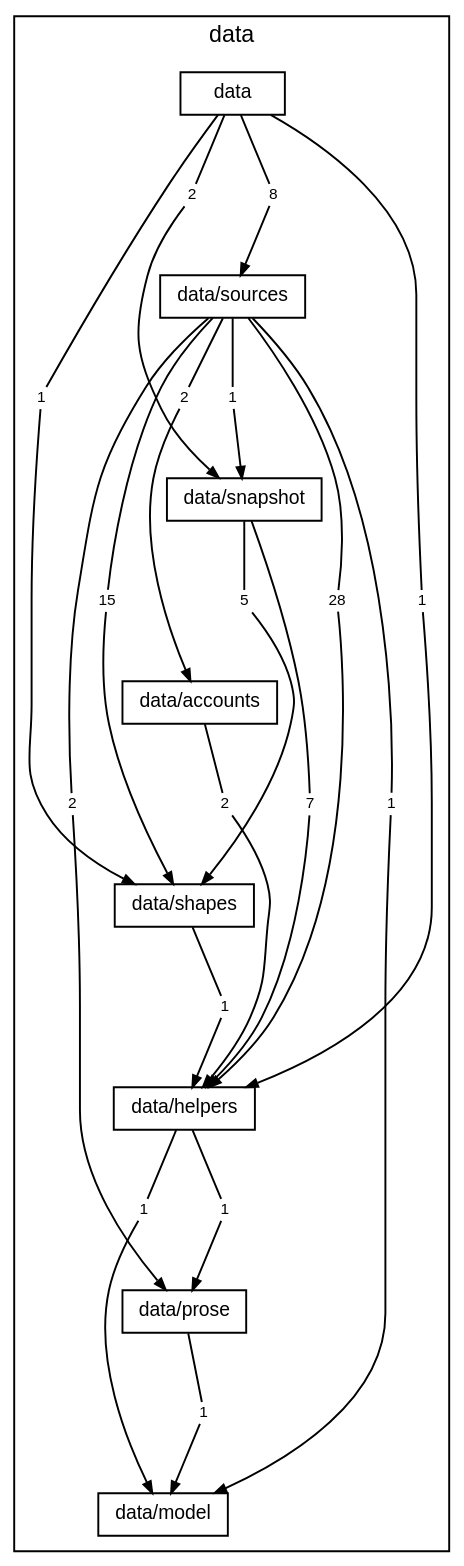
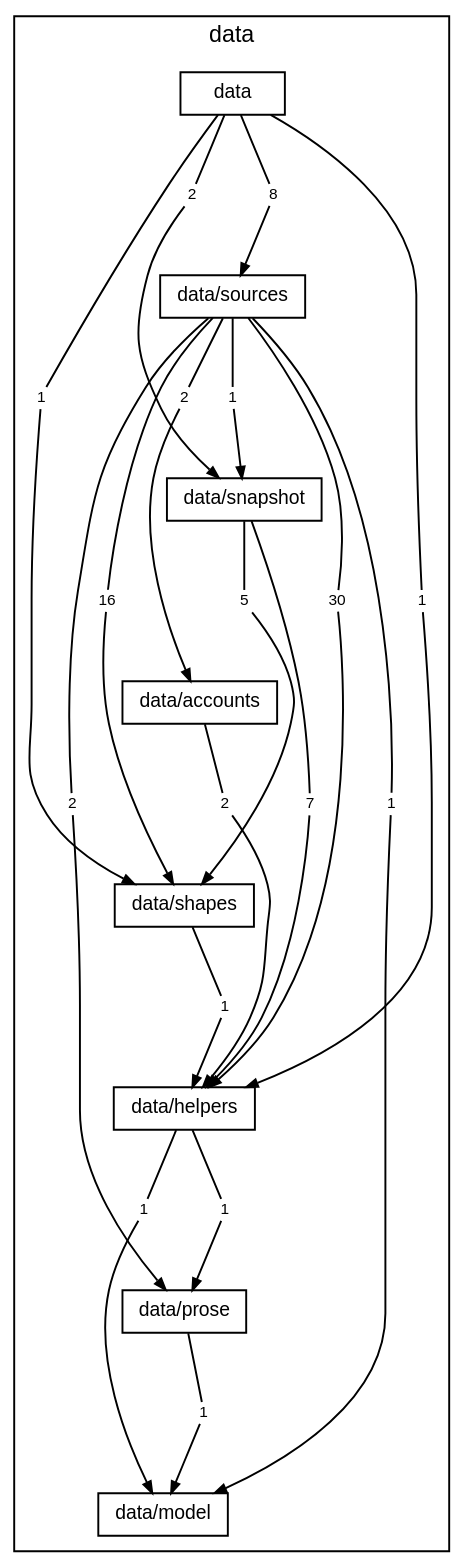
One commit to TheAxeC/oculus changed the diagram in docs/diagrams/layer-data.dot. Above: the diagram before and after it, drawn with Graphviz. The commit also changed 202 other files, not shown here.

```diff
--- a/docs/diagrams/layer-data.dot
+++ b/docs/diagrams/layer-data.dot
@@ -1,74 +1,74 @@
 digraph layer_data {
     graph [bgcolor="transparent", rankdir=TB, newrank=true, mclimit=4, fontname="Helvetica,Arial,sans-serif", fontsize=12, nodesep=0.2, ranksep=0.5];
     node [shape=box, color="black", fontcolor="black", fontname="Helvetica,Arial,sans-serif", fontsize=10, height=0.3, margin="0.12,0.04"];
     edge [color="black", fontcolor="black", fontname="Helvetica,Arial,sans-serif", fontsize=8, arrowsize=0.6];
     subgraph "cluster_data" {
         label="data"; style=solid;
         "folder data" [label="data"];
         "folder data/sources" [label="data/sources"];
         "folder data/snapshot" [label="data/snapshot"];
         "folder data/accounts" [label="data/accounts"];
         "folder data/shapes" [label="data/shapes"];
         "folder data/helpers" [label="data/helpers"];
         "folder data/prose" [label="data/prose"];
         "folder data/model" [label="data/model"];
         "folder data to folder data/helpers" [label="1", shape=box, color="transparent", fontsize=8, width=0, height=0, margin="0.04,0.02"];
         "folder data to folder data/shapes" [label="1", shape=box, color="transparent", fontsize=8, width=0, height=0, margin="0.04,0.02"];
         "folder data to folder data/snapshot" [label="2", shape=box, color="transparent", fontsize=8, width=0, height=0, margin="0.04,0.02"];
         "folder data to folder data/sources" [label="8", shape=box, color="transparent", fontsize=8, width=0, height=0, margin="0.04,0.02"];
         "folder data/sources to folder data/accounts" [label="2", shape=box, color="transparent", fontsize=8, width=0, height=0, margin="0.04,0.02"];
-        "folder data/sources to folder data/helpers" [label="28", shape=box, color="transparent", fontsize=8, width=0, height=0, margin="0.04,0.02"];
+        "folder data/sources to folder data/helpers" [label="30", shape=box, color="transparent", fontsize=8, width=0, height=0, margin="0.04,0.02"];
         "folder data/sources to folder data/model" [label="1", shape=box, color="transparent", fontsize=8, width=0, height=0, margin="0.04,0.02"];
         "folder data/sources to folder data/prose" [label="2", shape=box, color="transparent", fontsize=8, width=0, height=0, margin="0.04,0.02"];
-        "folder data/sources to folder data/shapes" [label="15", shape=box, color="transparent", fontsize=8, width=0, height=0, margin="0.04,0.02"];
+        "folder data/sources to folder data/shapes" [label="16", shape=box, color="transparent", fontsize=8, width=0, height=0, margin="0.04,0.02"];
         "folder data/sources to folder data/snapshot" [label="1", shape=box, color="transparent", fontsize=8, width=0, height=0, margin="0.04,0.02"];
         "folder data/snapshot to folder data/helpers" [label="7", shape=box, color="transparent", fontsize=8, width=0, height=0, margin="0.04,0.02"];
         "folder data/snapshot to folder data/shapes" [label="5", shape=box, color="transparent", fontsize=8, width=0, height=0, margin="0.04,0.02"];
         "folder data/accounts to folder data/helpers" [label="2", shape=box, color="transparent", fontsize=8, width=0, height=0, margin="0.04,0.02"];
         "folder data/shapes to folder data/helpers" [label="1", shape=box, color="transparent", fontsize=8, width=0, height=0, margin="0.04,0.02"];
         "folder data/helpers to folder data/model" [label="1", shape=box, color="transparent", fontsize=8, width=0, height=0, margin="0.04,0.02"];
         "folder data/helpers to folder data/prose" [label="1", shape=box, color="transparent", fontsize=8, width=0, height=0, margin="0.04,0.02"];
         "folder data/prose to folder data/model" [label="1", shape=box, color="transparent", fontsize=8, width=0, height=0, margin="0.04,0.02"];
     }
     "folder data" -> "folder data/sources" [style=invis, weight=10, minlen=2];
     "folder data/sources" -> "folder data/snapshot" [style=invis, weight=10, minlen=2];
     "folder data/snapshot" -> "folder data/accounts" [style=invis, weight=10, minlen=2];
     "folder data/accounts" -> "folder data/shapes" [style=invis, weight=10, minlen=2];
     "folder data/shapes" -> "folder data/helpers" [style=invis, weight=10, minlen=2];
     "folder data/helpers" -> "folder data/prose" [style=invis, weight=10, minlen=2];
     "folder data/prose" -> "folder data/model" [style=invis, weight=10, minlen=2];
     "folder data" -> "folder data to folder data/helpers" [arrowhead=none, minlen=5, weight=10];
     "folder data to folder data/helpers" -> "folder data/helpers" [];
     "folder data" -> "folder data to folder data/shapes" [arrowhead=none, minlen=3, weight=10];
     "folder data to folder data/shapes" -> "folder data/shapes" [];
     "folder data" -> "folder data to folder data/snapshot" [arrowhead=none, minlen=1, weight=10];
     "folder data to folder data/snapshot" -> "folder data/snapshot" [];
     "folder data" -> "folder data to folder data/sources" [arrowhead=none, minlen=1, weight=10];
     "folder data to folder data/sources" -> "folder data/sources" [];
     "folder data/sources" -> "folder data/sources to folder data/accounts" [arrowhead=none, minlen=1, weight=10];
     "folder data/sources to folder data/accounts" -> "folder data/accounts" [];
     "folder data/sources" -> "folder data/sources to folder data/helpers" [arrowhead=none, minlen=3, weight=10];
     "folder data/sources to folder data/helpers" -> "folder data/helpers" [];
     "folder data/sources" -> "folder data/sources to folder data/model" [arrowhead=none, minlen=5, weight=10];
     "folder data/sources to folder data/model" -> "folder data/model" [];
     "folder data/sources" -> "folder data/sources to folder data/prose" [arrowhead=none, minlen=5, weight=10];
     "folder data/sources to folder data/prose" -> "folder data/prose" [];
     "folder data/sources" -> "folder data/sources to folder data/shapes" [arrowhead=none, minlen=3, weight=10];
     "folder data/sources to folder data/shapes" -> "folder data/shapes" [];
     "folder data/sources" -> "folder data/sources to folder data/snapshot" [arrowhead=none, minlen=1, weight=10];
     "folder data/sources to folder data/snapshot" -> "folder data/snapshot" [];
     "folder data/snapshot" -> "folder data/snapshot to folder data/helpers" [arrowhead=none, minlen=3, weight=10];
     "folder data/snapshot to folder data/helpers" -> "folder data/helpers" [];
     "folder data/snapshot" -> "folder data/snapshot to folder data/shapes" [arrowhead=none, minlen=1, weight=10];
     "folder data/snapshot to folder data/shapes" -> "folder data/shapes" [];
     "folder data/accounts" -> "folder data/accounts to folder data/helpers" [arrowhead=none, minlen=1, weight=10];
     "folder data/accounts to folder data/helpers" -> "folder data/helpers" [];
     "folder data/shapes" -> "folder data/shapes to folder data/helpers" [arrowhead=none, minlen=1, weight=10];
     "folder data/shapes to folder data/helpers" -> "folder data/helpers" [];
     "folder data/helpers" -> "folder data/helpers to folder data/model" [arrowhead=none, minlen=1, weight=10];
     "folder data/helpers to folder data/model" -> "folder data/model" [];
     "folder data/helpers" -> "folder data/helpers to folder data/prose" [arrowhead=none, minlen=1, weight=10];
     "folder data/helpers to folder data/prose" -> "folder data/prose" [];
     "folder data/prose" -> "folder data/prose to folder data/model" [arrowhead=none, minlen=1, weight=10];
     "folder data/prose to folder data/model" -> "folder data/model" [];
 }
```
